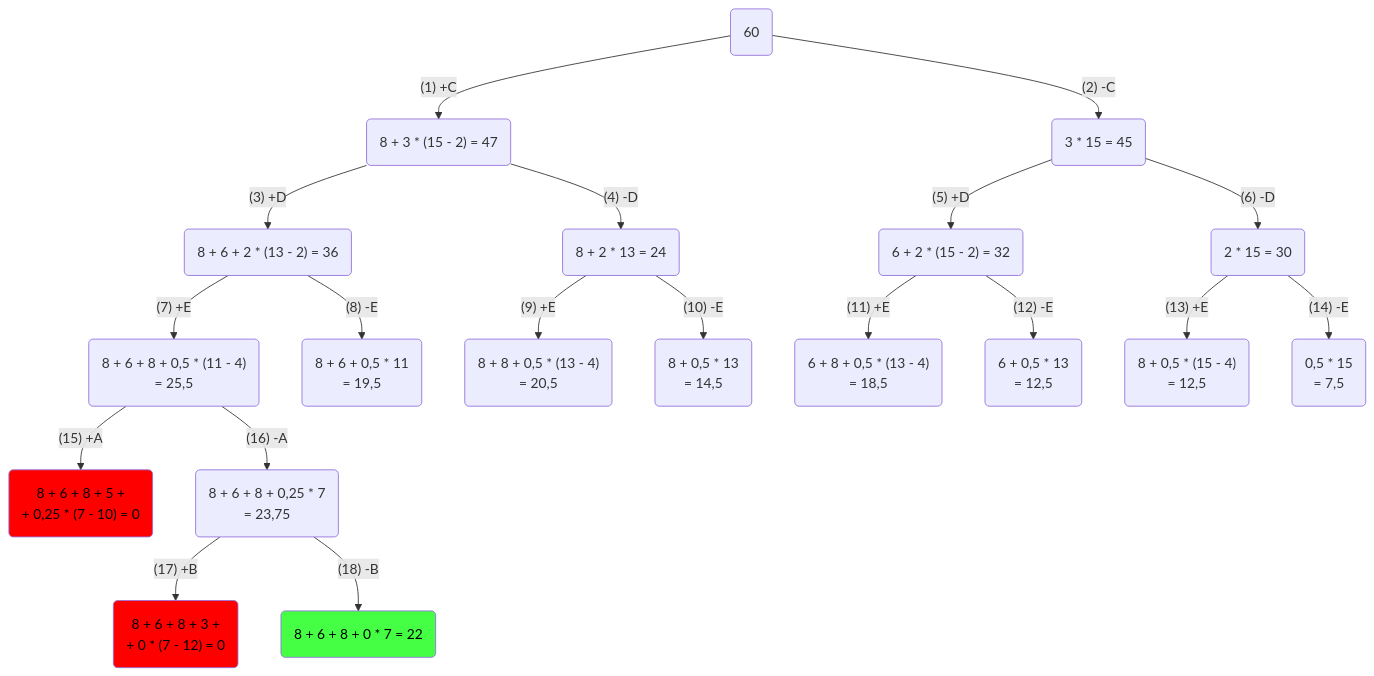
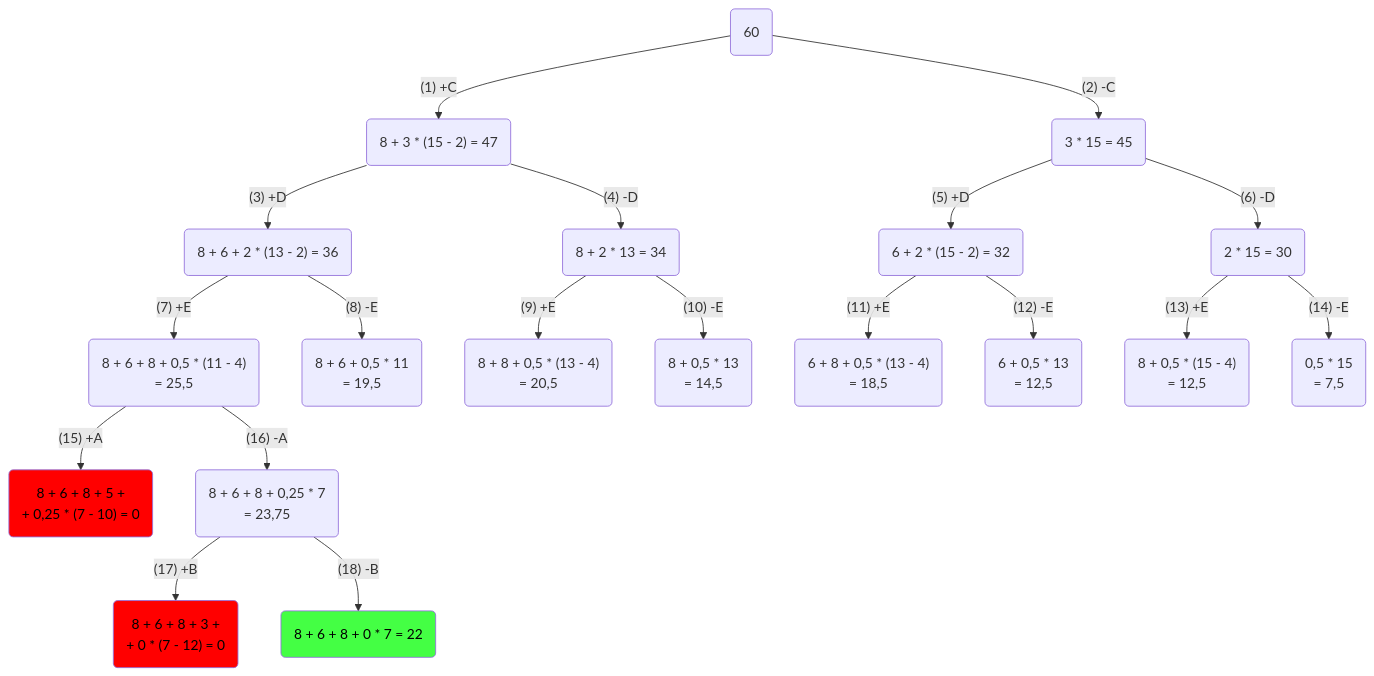
Before and after one commit to algos-ris-24-3/manual-tasks: the diagram in Задание 12/ZXC-task-12-v7.md, drawn with Mermaid. The commit also changed other lines of this file, not shown here.

````diff
--- a/Задание 12/ZXC-task-12-v7.md
+++ b/Задание 12/ZXC-task-12-v7.md
@@ -30,55 +30,55 @@
 ``` mermaid
 flowchart TD
 A(60)
 B("8 + 3 * (15 - 2) = 47")
 C("3 * 15 = 45")
 D("8 + 6 + 2 * (13 - 2) = 36")
-E("8 + 2 * 13 = 24")
+E("8 + 2 * 13 = 34")
 F("6 + 2 * (15 - 2) = 32")
 G("2 * 15 = 30")
 H("8 + 6 + 8 + 0,5 * (11 - 4) 
 = 25,5")
 I("8 + 6 + 0,5 * 11
  = 19,5")
 J("8 + 8 + 0,5 * (13 - 4)
  = 20,5")
 K("8 + 0,5 * 13
 = 14,5")
 L("6 + 8 + 0,5 * (13 - 4)
 = 18,5")
 M("6 + 0,5 * 13
 = 12,5")
 N("8 + 0,5 * (15 - 4)
 = 12,5")
 O(0,5 * 15
 = 7,5)
 P("8 + 6 + 8 + 5 + 
 + 0,25 * (7 - 10) = 0")
 Q("8 + 6 + 8 + 0,25 * 7
 = 23,75")
 R("8 + 6 + 8 + 3 +
 + 0 * (7 - 12) = 0")
 S("8 + 6 + 8 + 0 * 7 = 22")
 A -- (1) +C--> B
 A -- (2) -C--> C
 B -- (3) +D--> D
 B -- (4) -D--> E
 C -- (5) +D--> F
 C -- (6) -D--> G
 D -- (7) +E--> H
 D -- (8) -E--> I
 E -- (9) +E--> J
 E -- (10) -E--> K
 F -- (11) +E--> L
 F -- (12) -E--> M
 G -- (13) +E--> N
 G -- (14) -E--> O
 H -- (15) +A--> P
 H -- (16) -A--> Q
 Q -- (17) +B--> R
 Q -- (18) -B--> S
 
 style P fill:#FF0000, color:#000000
 style R fill:#FF0000, color:#000000
 style S fill:#4f4f, color:#000000
 ```
````
